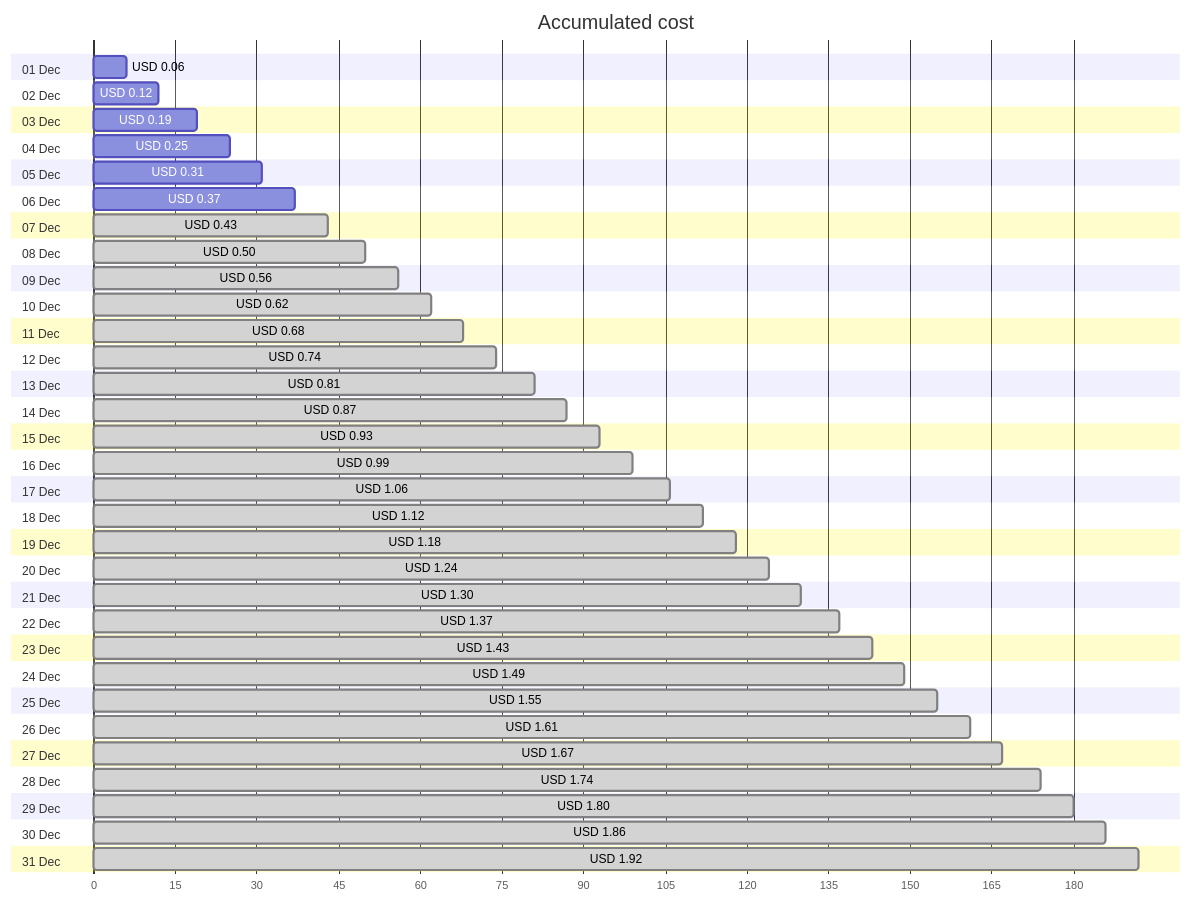
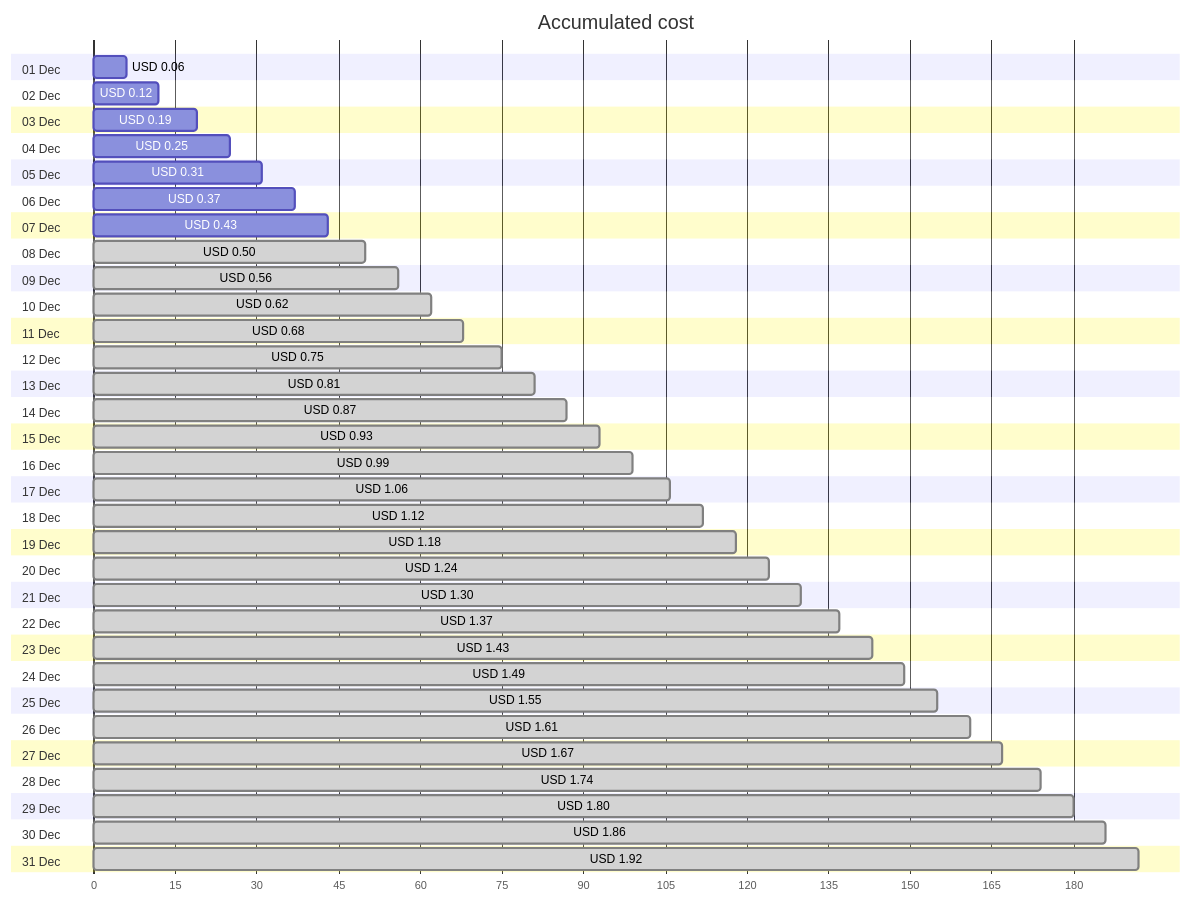
Before and after one commit to jpfulton/azure-personal-reports: the first of 4 diagrams in cost-reports/personal-network/backup-server_OsDisk.md, drawn with Mermaid. The commit also changed other lines of this file and 8 other files, not shown here.

````diff
--- a/cost-reports/personal-network/backup-server_OsDisk.md
+++ b/cost-reports/personal-network/backup-server_OsDisk.md
@@ -20,68 +20,68 @@
 ```mermaid
 gantt
    title Accumulated cost
    dateFormat  X
    axisFormat %s
    section 01 Dec
    USD 0.06 :0, 6
    section 02 Dec
    USD 0.12 :0, 12
    section 03 Dec
    USD 0.19 :0, 19
    section 04 Dec
    USD 0.25 :0, 25
    section 05 Dec
    USD 0.31 :0, 31
    section 06 Dec
    USD 0.37 :0, 37
    section 07 Dec
-   USD 0.43 : done, 0, 43
+   USD 0.43 :0, 43
    section 08 Dec
    USD 0.50 : done, 0, 50
    section 09 Dec
    USD 0.56 : done, 0, 56
    section 10 Dec
    USD 0.62 : done, 0, 62
    section 11 Dec
    USD 0.68 : done, 0, 68
    section 12 Dec
-   USD 0.74 : done, 0, 74
+   USD 0.75 : done, 0, 75
    section 13 Dec
    USD 0.81 : done, 0, 81
    section 14 Dec
    USD 0.87 : done, 0, 87
    section 15 Dec
    USD 0.93 : done, 0, 93
    section 16 Dec
    USD 0.99 : done, 0, 99
    section 17 Dec
    USD 1.06 : done, 0, 106
    section 18 Dec
    USD 1.12 : done, 0, 112
    section 19 Dec
    USD 1.18 : done, 0, 118
    section 20 Dec
    USD 1.24 : done, 0, 124
    section 21 Dec
    USD 1.30 : done, 0, 130
    section 22 Dec
    USD 1.37 : done, 0, 137
    section 23 Dec
    USD 1.43 : done, 0, 143
    section 24 Dec
    USD 1.49 : done, 0, 149
    section 25 Dec
    USD 1.55 : done, 0, 155
    section 26 Dec
    USD 1.61 : done, 0, 161
    section 27 Dec
    USD 1.67 : done, 0, 167
    section 28 Dec
    USD 1.74 : done, 0, 174
    section 29 Dec
    USD 1.80 : done, 0, 180
    section 30 Dec
    USD 1.86 : done, 0, 186
    section 31 Dec
    USD 1.92 : done, 0, 192
 ```
````
